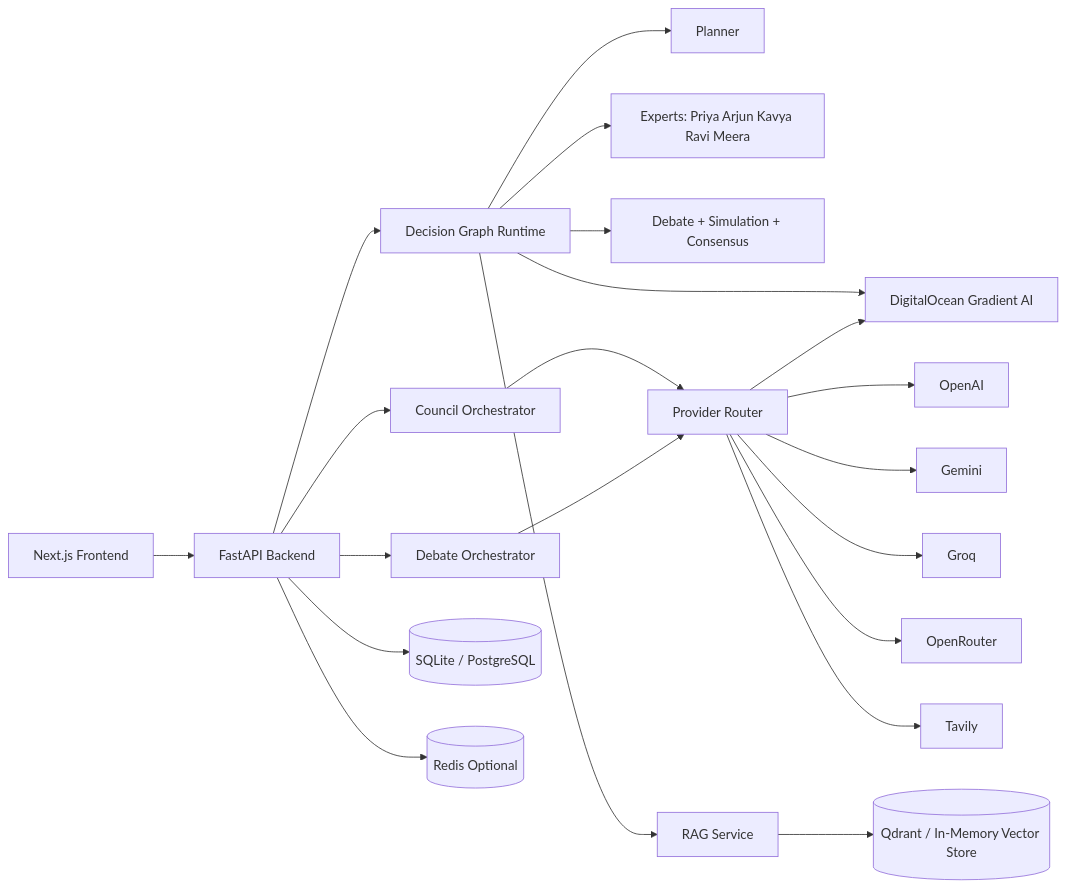
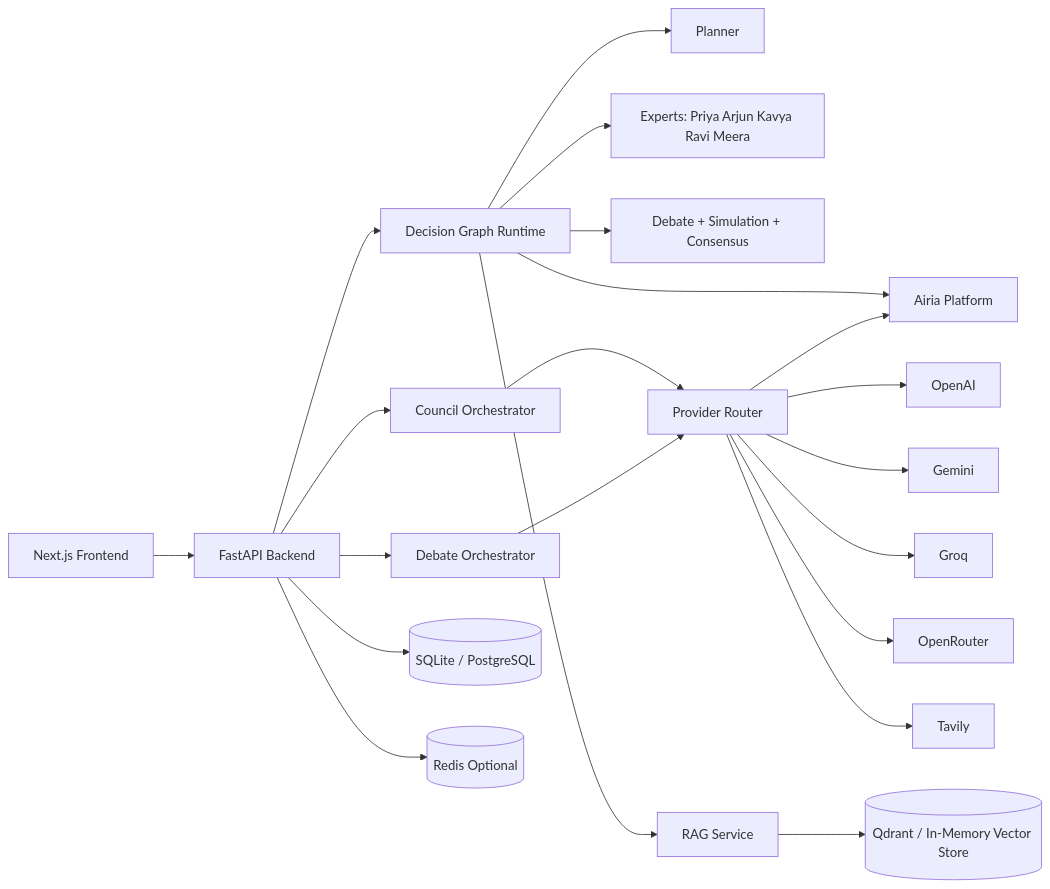
The first of 3 diagrams in README.md (Dijo-404/OmniMind-AI), drawn with Mermaid before and after one commit. The commit also changed other lines of this file and 22 other files, not shown here.

````diff
--- a/README.md
+++ b/README.md
@@ -52,29 +52,29 @@
 ```mermaid
 flowchart LR
     UI[Next.js Frontend] --> API[FastAPI Backend]
 
     API --> Council[Council Orchestrator]
     API --> Debate[Debate Orchestrator]
     API --> Workflow[Decision Graph Runtime]
 
     Workflow --> Planner[Planner]
     Workflow --> Experts[Experts: Priya Arjun Kavya Ravi Meera]
     Workflow --> Synth[Debate + Simulation + Consensus]
 
     Council --> Providers[Provider Router]
     Debate --> Providers
-    Workflow --> Gradient[DigitalOcean Gradient AI]
+    Workflow --> Airia[Airia Platform]
 
-    Providers --> Gradient
+    Providers --> Airia
     Providers --> OpenAI
     Providers --> Gemini
     Providers --> Groq
     Providers --> OpenRouter
     Providers --> Tavily
 
     Workflow --> RAG[RAG Service]
     RAG --> Vector[(Qdrant / In-Memory Vector Store)]
 
     API --> DB[(SQLite / PostgreSQL)]
     API --> Redis[(Redis Optional)]
 ```
````
